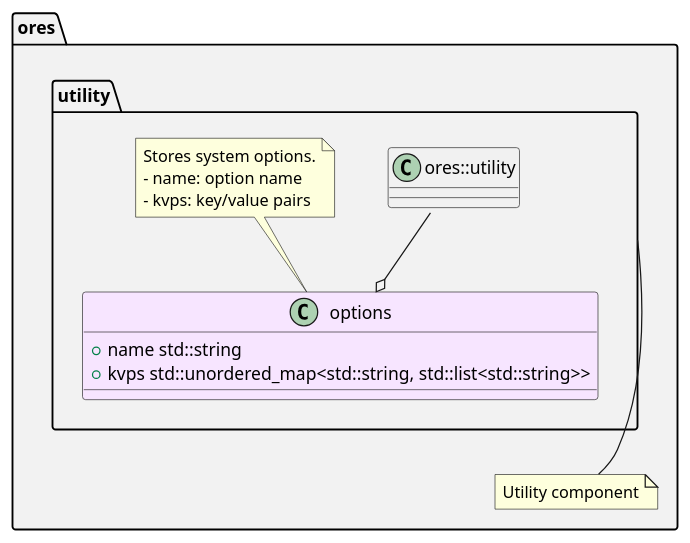
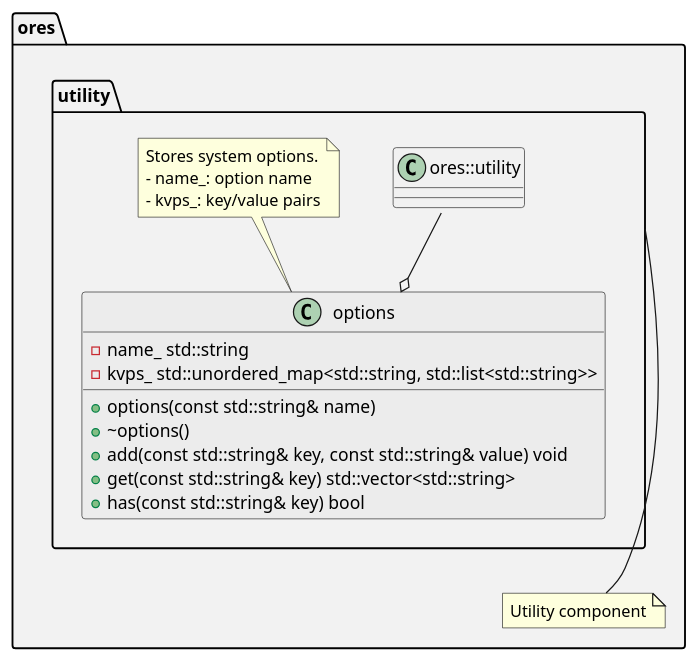
One commit to OreStudio/OreStudio changed the fifth of 5 diagrams in doc/skills/plantuml-modeler/skill.org. Above: the diagram before and after it, drawn with PlantUML. The commit also changed other lines of this file, not shown here.

Commit message:
[skills] Update plantuml modeler with class methods

```diff
--- a/doc/skills/plantuml-modeler/skill.org
+++ b/doc/skills/plantuml-modeler/skill.org
@@ -168,20 +173,25 @@
 #+begin_src plantuml
 namespace ores #F2F2F2 {
     note "Utility component" as N1
     utility --- N1
 
     namespace utility #F2F2F2 {
-        class options #F7E5FF {
-            +{field} name std::string
-            +{field} kvps std::unordered_map<std::string, std::list<std::string>>
+        class options #ECECEC {
+            +options(const std::string& name)
+            +~options()
+            +add(const std::string& key, const std::string& value) void
+            +get(const std::string& key) std::vector<std::string>
+            +has(const std::string& key) bool
+            -{field} name_ std::string
+            -{field} kvps_ std::unordered_map<std::string, std::list<std::string>>
         }
         note top of options
         Stores system options.
-        - name: option name
-        - kvps: key/value pairs
+        - name_: option name
+        - kvps_: key/value pairs
         end note
 
         options o-u- ores::utility::database_configuration
     }
 }
 #+end_src
```
